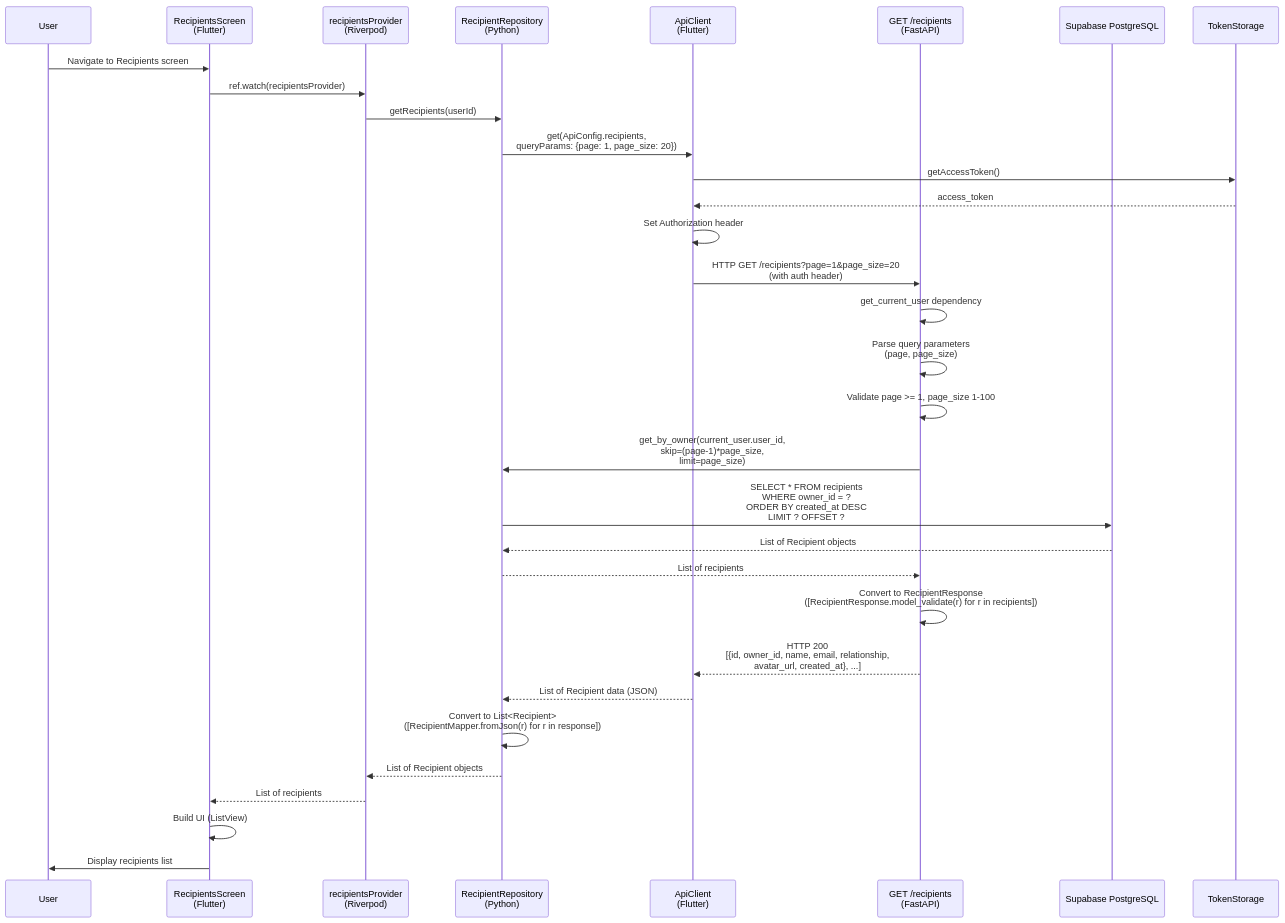
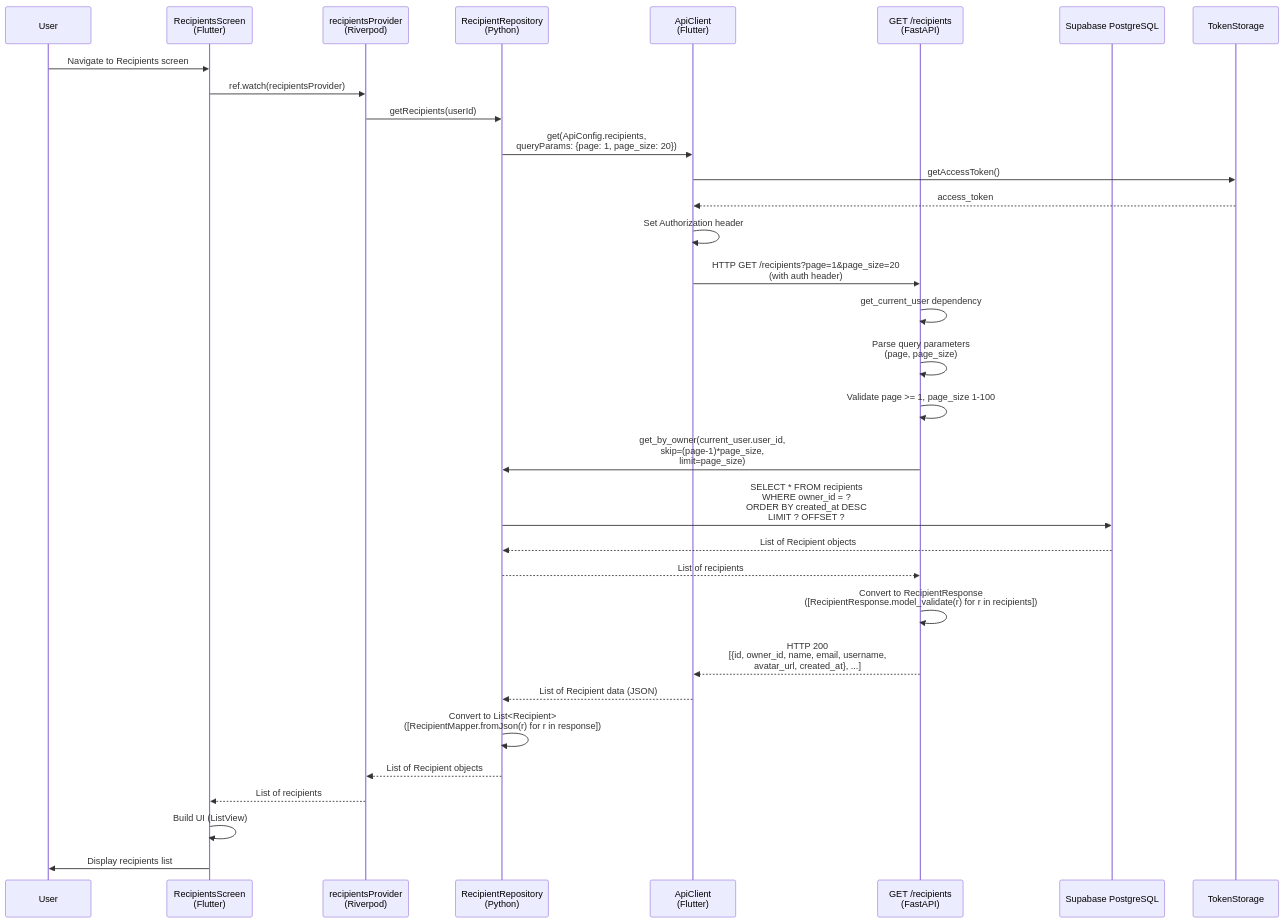
Before and after one commit to sunilkumarvuppala/open-on-app: diagram 12 of 25 in docs/SEQUENCE_DIAGRAMS.md, drawn with Mermaid. The commit also changed other lines of this file and 51 other files, not shown here.

````diff
--- a/docs/SEQUENCE_DIAGRAMS.md
+++ b/docs/SEQUENCE_DIAGRAMS.md
@@ -1049,38 +1048,38 @@
 ```mermaid
 sequenceDiagram
     participant User
     participant RecipientsScreen as RecipientsScreen<br/>(Flutter)
     participant Provider as recipientsProvider<br/>(Riverpod)
     participant RecipientRepo as ApiRecipientRepository<br/>(Flutter)
     participant ApiClient as ApiClient<br/>(Flutter)
     participant RecipientAPI as GET /recipients<br/>(FastAPI)
     participant RecipientRepo as RecipientRepository<br/>(Python)
     participant DB as Supabase PostgreSQL
 
     User->>RecipientsScreen: Navigate to Recipients screen
     RecipientsScreen->>Provider: ref.watch(recipientsProvider)
     Provider->>RecipientRepo: getRecipients(userId)
     RecipientRepo->>ApiClient: get(ApiConfig.recipients,<br/>queryParams: {page: 1, page_size: 20})
     ApiClient->>TokenStorage: getAccessToken()
     TokenStorage-->>ApiClient: access_token
     ApiClient->>ApiClient: Set Authorization header
     ApiClient->>RecipientAPI: HTTP GET /recipients?page=1&page_size=20<br/>(with auth header)
     
     RecipientAPI->>RecipientAPI: get_current_user dependency
     RecipientAPI->>RecipientAPI: Parse query parameters<br/>(page, page_size)
     RecipientAPI->>RecipientAPI: Validate page >= 1, page_size 1-100
     RecipientAPI->>RecipientRepo: get_by_owner(current_user.user_id,<br/>skip=(page-1)*page_size,<br/>limit=page_size)
     RecipientRepo->>DB: SELECT * FROM recipients<br/>WHERE owner_id = ?<br/>ORDER BY created_at DESC<br/>LIMIT ? OFFSET ?
     DB-->>RecipientRepo: List of Recipient objects
     RecipientRepo-->>RecipientAPI: List of recipients
     
     RecipientAPI->>RecipientAPI: Convert to RecipientResponse<br/>([RecipientResponse.model_validate(r) for r in recipients])
-    RecipientAPI-->>ApiClient: HTTP 200<br/>[{id, owner_id, name, email, relationship,<br/>avatar_url, created_at}, ...]
+    RecipientAPI-->>ApiClient: HTTP 200<br/>[{id, owner_id, name, email, username,<br/>avatar_url, created_at}, ...]
     
     ApiClient-->>RecipientRepo: List of Recipient data (JSON)
     RecipientRepo->>RecipientRepo: Convert to List<Recipient><br/>([RecipientMapper.fromJson(r) for r in response])
     RecipientRepo-->>Provider: List of Recipient objects
     Provider-->>RecipientsScreen: List of recipients
     RecipientsScreen->>RecipientsScreen: Build UI (ListView)
     RecipientsScreen->>User: Display recipients list
 ```
````
